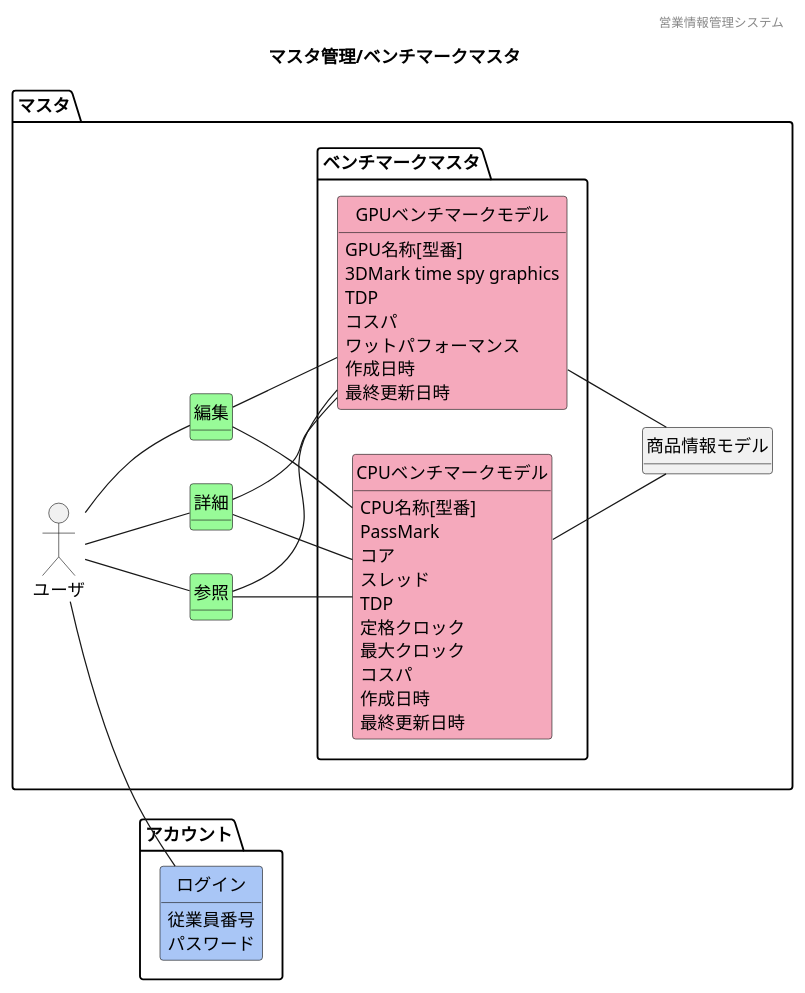
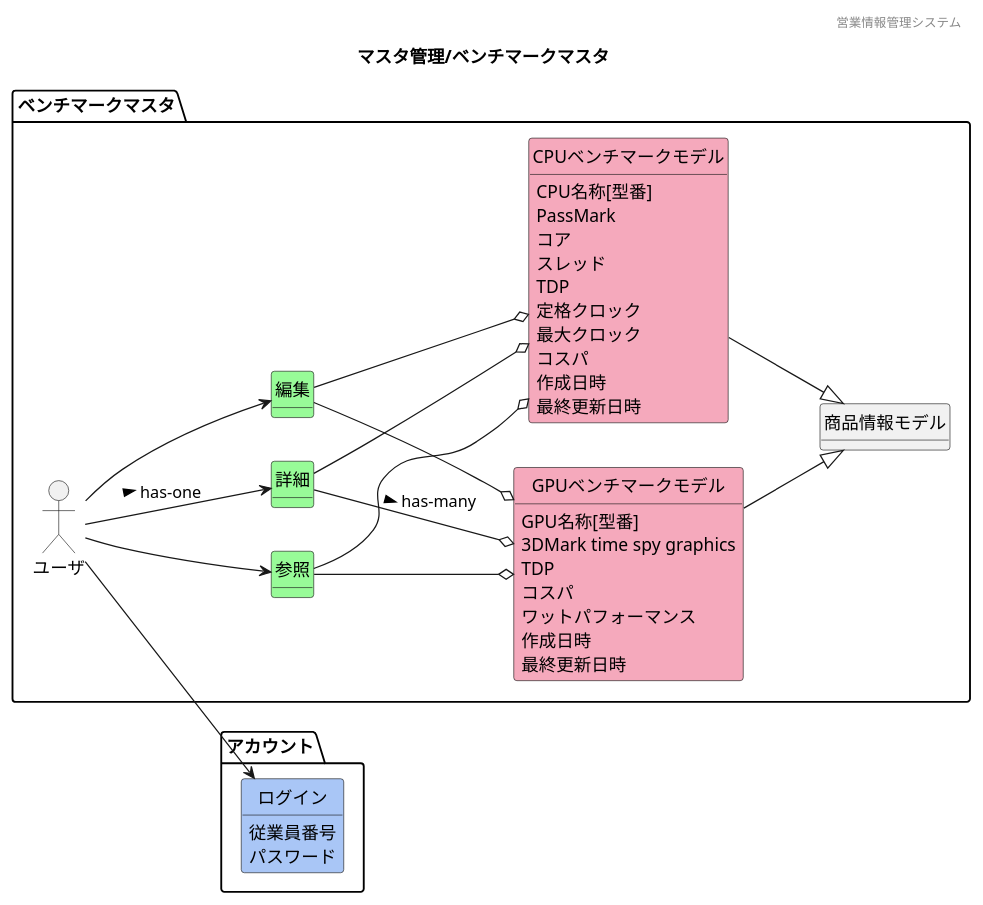
Before and after one commit to HaruShim/Sotuken: the diagram in 各種設計書/1ドメインモデル図/マスタ管理/F05ベンチマークマスタ.plantuml, drawn with PlantUML. The commit also changed 13 other files, not shown here.

```diff
--- a/各種設計書/1ドメインモデル図/マスタ管理/F05ベンチマークマスタ.plantuml
+++ b/各種設計書/1ドメインモデル図/マスタ管理/F05ベンチマークマスタ.plantuml
@@ -1,72 +1,65 @@
 @startuml images/マスタ管理/ベンチマークマスタ
 ' ヘッダー
 header 営業情報管理システム
 ' タイトル
 title マスタ管理/ベンチマークマスタ
 ' 
 hide circle
 ' 
 hide method
 left to right direction
 
 package "アカウント"{
     class "ログイン" #A9C6F6
 }
 
-package "マスタ" {
+package "ベンチマークマスタ" {
     'ユーザや外部システム
     mix_actor "ユーザ"
     class "詳細" #98fb98
     class "編集" #98fb98
     class "参照" #98fb98
-    package ベンチマークマスタ{
-        class "GPUベンチマークモデル" #F5A9BC 
-        class "CPUベンチマークモデル" #F5A9BC 
-    }
+    class "GPUベンチマークモデル" #F5A9BC 
+    class "CPUベンチマークモデル" #F5A9BC 
     class "商品情報モデル"
-    ' class "" #F5A9BC
-    ' class "" #ffd700
+}
 
     'モデル同士の関係
-    ユーザ -- 参照
-    ユーザ -- 編集
-    ユーザ -- 詳細
-    ユーザ -- ログイン
-    参照 -- GPUベンチマークモデル
-    編集 -- GPUベンチマークモデル
-    詳細 -- GPUベンチマークモデル
-    参照 -- CPUベンチマークモデル
-    編集 -- CPUベンチマークモデル
-    詳細 -- CPUベンチマークモデル
-    GPUベンチマークモデル -- 商品情報モデル
-    CPUベンチマークモデル -- 商品情報モデル
-
+    ユーザ --> 参照
+    ユーザ --> 編集
+    ユーザ --> 詳細 : > has-one
+    ユーザ --> ログイン
+    参照 --o GPUベンチマークモデル
+    編集 --o GPUベンチマークモデル
+    詳細 --o GPUベンチマークモデル : > has-many
+    参照 --o CPUベンチマークモデル
+    編集 --o CPUベンチマークモデル
+    詳細 --o CPUベンチマークモデル
+    GPUベンチマークモデル --|> 商品情報モデル
+    CPUベンチマークモデル --|> 商品情報モデル
     'ドメインクラスの属性
     GPUベンチマークモデル : GPU名称[型番]
     GPUベンチマークモデル : 3DMark time spy graphics
     GPUベンチマークモデル : TDP
     GPUベンチマークモデル : コスパ
     GPUベンチマークモデル : ワットパフォーマンス
     GPUベンチマークモデル : 作成日時
     GPUベンチマークモデル : 最終更新日時
     CPUベンチマークモデル : CPU名称[型番]
     CPUベンチマークモデル : PassMark
     CPUベンチマークモデル : コア
     CPUベンチマークモデル : スレッド
     CPUベンチマークモデル : TDP
     CPUベンチマークモデル : 定格クロック
     CPUベンチマークモデル : 最大クロック
     CPUベンチマークモデル : コスパ
     CPUベンチマークモデル : 作成日時
     CPUベンチマークモデル : 最終更新日時
     ' 商品情報モデル : ER図の変更点待ち
     ログイン : 従業員番号
     ログイン : パスワード
 
 
-}
-
-
 
 
 @enduml
```
